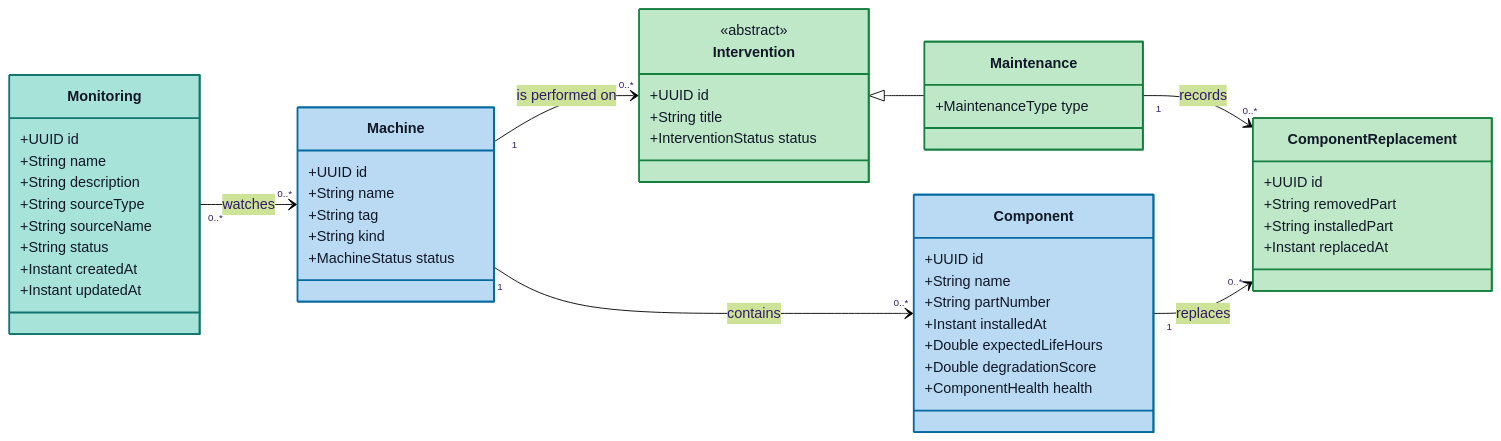
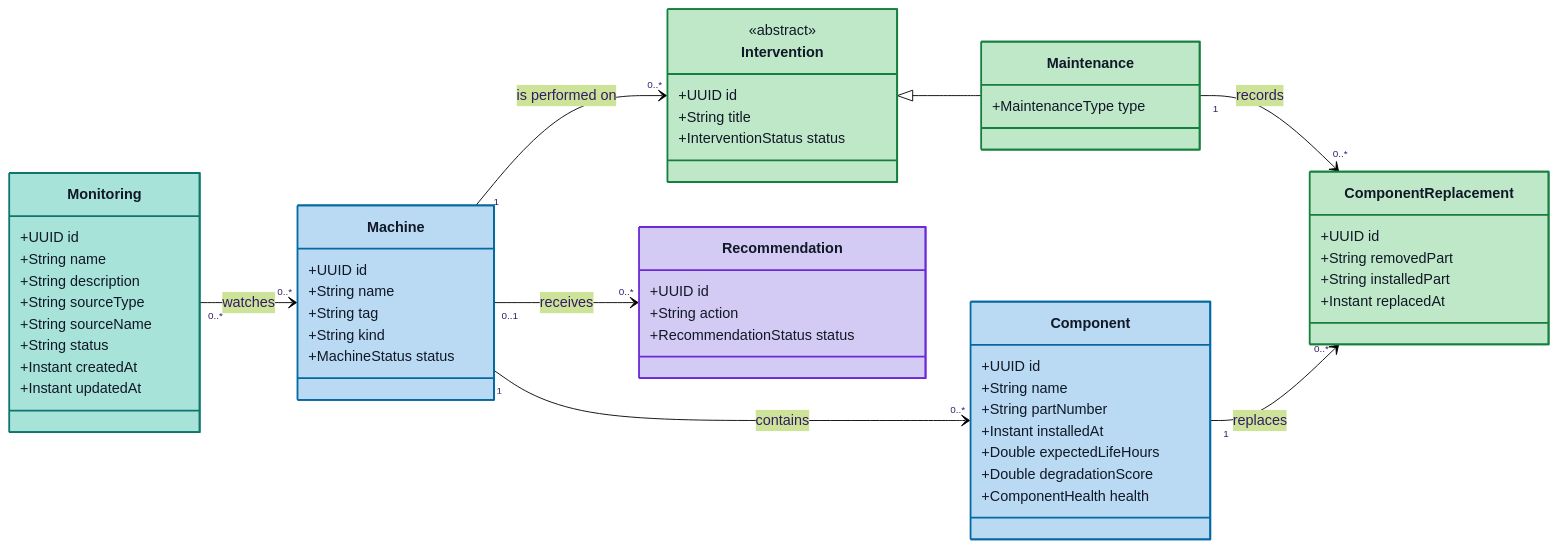
The seventh of 17 diagrams in architecture/arc42.md (aland3r/deviante-docs), drawn with Mermaid (forest theme) before and after one commit. The commit also changed other lines of this file, not shown here.

````diff
--- a/architecture/arc42.md
+++ b/architecture/arc42.md
@@ -684,60 +683,67 @@
 ```mermaid
 classDiagram
     direction LR
 
     class Monitoring {
       +UUID id
       +String name
       +String description
       +String sourceType
       +String sourceName
       +String status
       +Instant createdAt
       +Instant updatedAt
     }
     class Machine {
       +UUID id
       +String name
       +String tag
       +String kind
       +MachineStatus status
     }
     class Component {
       +UUID id
       +String name
       +String partNumber
       +Instant installedAt
       +Double expectedLifeHours
       +Double degradationScore
       +ComponentHealth health
     }
     class Intervention {
       <<abstract>>
       +UUID id
       +String title
       +InterventionStatus status
     }
     class Maintenance {
       +MaintenanceType type
     }
+    class Recommendation {
+      +UUID id
+      +String action
+      +RecommendationStatus status
+    }
     class ComponentReplacement {
       +UUID id
       +String removedPart
       +String installedPart
       +Instant replacedAt
     }
 
     Monitoring "0..*" --> "0..*" Machine : watches
     Machine "1" --> "0..*" Component : contains
+    Machine "0..1" --> "0..*" Recommendation : receives
     Machine "1" --> "0..*" Intervention : is performed on
     Intervention <|-- Maintenance
     Maintenance "1" --> "0..*" ComponentReplacement : records
     Component "1" --> "0..*" ComponentReplacement : replaces
 
     style Monitoring fill:#a8e3da,stroke:#0f766e,stroke-width:2px,color:#111827
     style Machine fill:#b9daf2,stroke:#0369a1,stroke-width:2px,color:#111827
     style Component fill:#b9daf2,stroke:#0369a1,stroke-width:2px,color:#111827
     style Intervention fill:#bfe8c9,stroke:#15803d,stroke-width:2px,color:#111827
     style Maintenance fill:#bfe8c9,stroke:#15803d,stroke-width:2px,color:#111827
+    style Recommendation fill:#d3cbf3,stroke:#6d28d9,stroke-width:2px,color:#111827
     style ComponentReplacement fill:#bfe8c9,stroke:#15803d,stroke-width:2px,color:#111827
 ```
````
